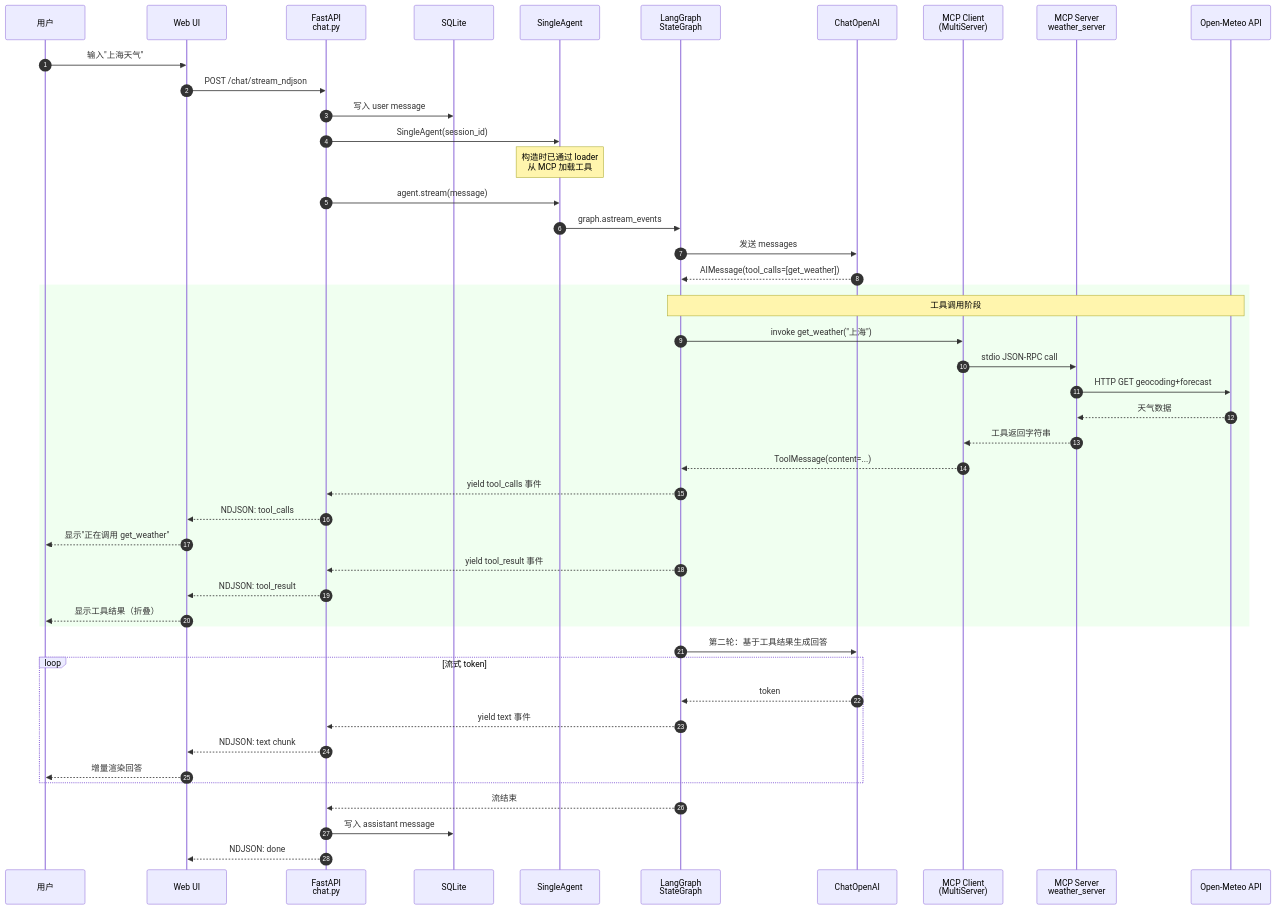
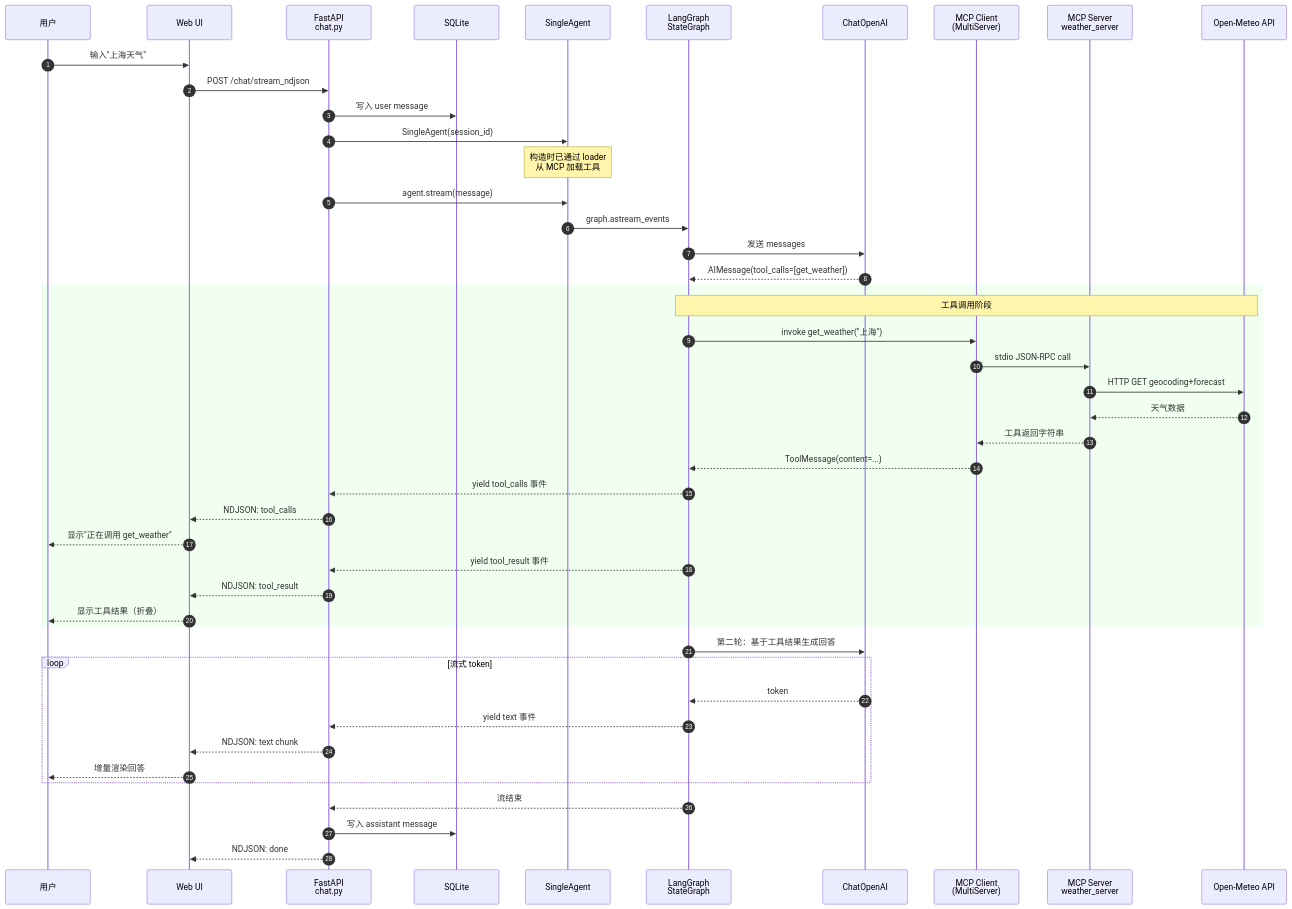
One commit to Eplayed/agents-cli-learn changed the second of 7 diagrams in docs/ARCHITECTURE.md. Above: the diagram before and after it, drawn with Mermaid. The commit also changed other lines of this file and 11 other files, not shown here.

````diff
--- a/docs/ARCHITECTURE.md
+++ b/docs/ARCHITECTURE.md
@@ -129,55 +152,56 @@
 ```mermaid
+%%{init: {'theme':'default', 'themeVariables': {'fontSize':'16px'}, 'sequence': {'actorFontSize': 16, 'messageFontSize': 14, 'noteFontSize': 14, 'width': 160}}}%%
 sequenceDiagram
     autonumber
     participant U as 用户
     participant UI as Web UI
     participant API as FastAPI<br/>chat.py
     participant DB as SQLite
     participant SA as SingleAgent
     participant LG as LangGraph<br/>StateGraph
     participant LLM as ChatOpenAI
     participant MCP as MCP Client<br/>(MultiServer)
     participant MCPS as MCP Server<br/>weather_server
     participant API_EXT as Open-Meteo API
 
     U->>UI: 输入"上海天气"
     UI->>API: POST /chat/stream_ndjson
     API->>DB: 写入 user message
     API->>SA: SingleAgent(session_id)
     Note over SA: 构造时已通过 loader<br/>从 MCP 加载工具
 
     API->>SA: agent.stream(message)
     SA->>LG: graph.astream_events
     LG->>LLM: 发送 messages
     LLM-->>LG: AIMessage(tool_calls=[get_weather])
 
     rect rgb(240, 255, 240)
         Note over LG,API_EXT: 工具调用阶段
         LG->>MCP: invoke get_weather("上海")
         MCP->>MCPS: stdio JSON-RPC call
         MCPS->>API_EXT: HTTP GET geocoding+forecast
         API_EXT-->>MCPS: 天气数据
         MCPS-->>MCP: 工具返回字符串
         MCP-->>LG: ToolMessage(content=...)
 
         LG-->>API: yield tool_calls 事件
         API-->>UI: NDJSON: tool_calls
         UI-->>U: 显示"正在调用 get_weather"
 
         LG-->>API: yield tool_result 事件
         API-->>UI: NDJSON: tool_result
         UI-->>U: 显示工具结果（折叠）
     end
 
     LG->>LLM: 第二轮：基于工具结果生成回答
     loop 流式 token
         LLM-->>LG: token
         LG-->>API: yield text 事件
         API-->>UI: NDJSON: text chunk
         UI-->>U: 增量渲染回答
     end
 
     LG-->>API: 流结束
     API->>DB: 写入 assistant message
     API-->>UI: NDJSON: done
 ```
````
